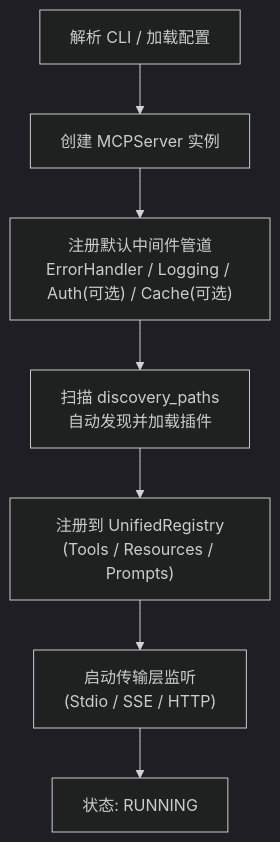
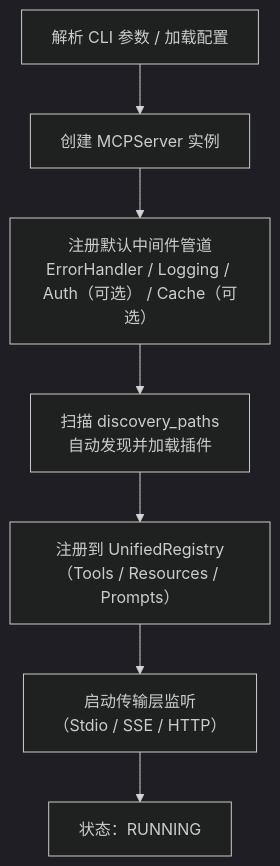
One commit to chain-engine/x-QiuChi changed the second of 4 diagrams in README.md. Above: the diagram before and after it, drawn with Mermaid (dark theme). The commit also changed other lines of this file and 1 other file, not shown here.

````diff
--- a/README.md
+++ b/README.md
@@ -140,9 +402,9 @@
 ```mermaid
 flowchart TD
-    S1["解析 CLI / 加载配置"] --> S2["创建 MCPServer 实例"]
-    S2 --> S3["注册默认中间件管道<br/>ErrorHandler / Logging / Auth(可选) / Cache(可选)"]
+    S1["解析 CLI 参数 / 加载配置"] --> S2["创建 MCPServer 实例"]
+    S2 --> S3["注册默认中间件管道<br/>ErrorHandler / Logging / Auth（可选） / Cache（可选）"]
     S3 --> S4["扫描 discovery_paths<br/>自动发现并加载插件"]
-    S4 --> S5["注册到 UnifiedRegistry<br/>(Tools / Resources / Prompts)"]
-    S5 --> S6["启动传输层监听<br/>(Stdio / SSE / HTTP)"]
-    S6 --> S7["状态: RUNNING"]
+    S4 --> S5["注册到 UnifiedRegistry<br/>（Tools / Resources / Prompts）"]
+    S5 --> S6["启动传输层监听<br/>（Stdio / SSE / HTTP）"]
+    S6 --> S7["状态：RUNNING"]
 ```
````
